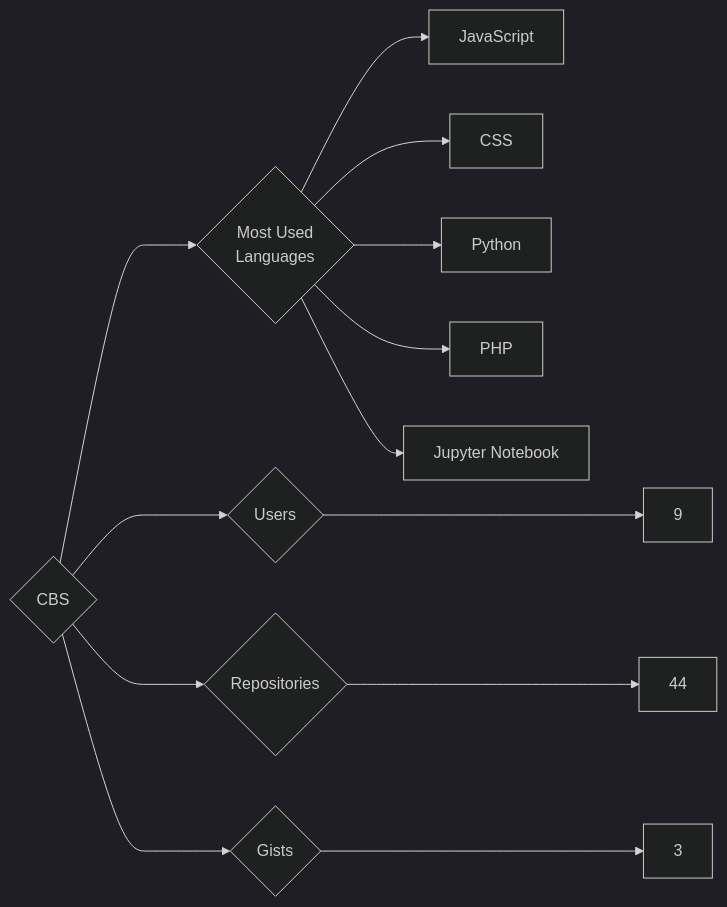
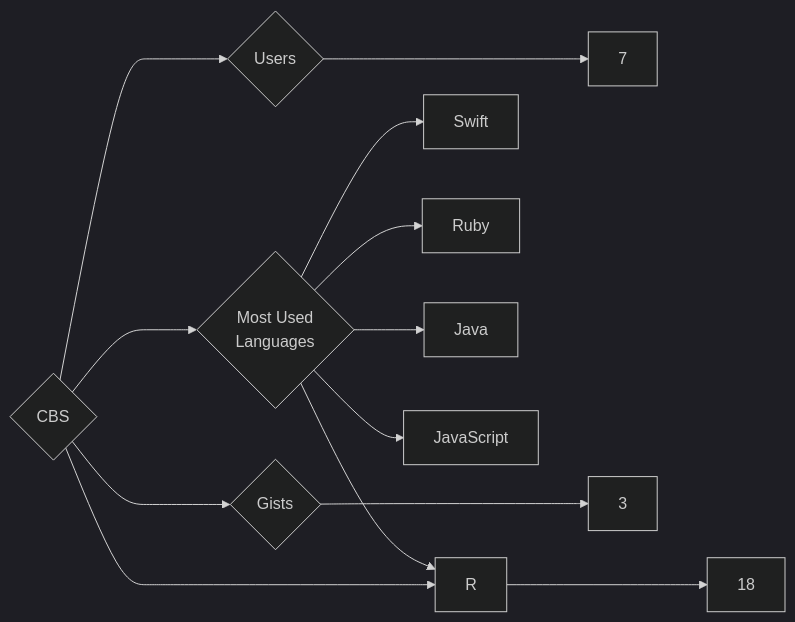
One commit to trickest/insiders changed the diagram in targets/CBS/README.md. Above: the diagram before and after it, drawn with Mermaid (dark theme). The commit also changed 932 other files, not shown here.

````diff
--- a/targets/CBS/README.md
+++ b/targets/CBS/README.md
@@ -3,13 +3,13 @@
 ```mermaid
 graph LR
 COMPANY_NAME{CBS}
-COMPANY_NAME ---> U{Users} ---> UN[9]
-COMPANY_NAME ---> R{Repositories} ---> RN[44]
+COMPANY_NAME ---> U{Users} ---> UN[7]
+COMPANY_NAME ---> R{Repositories} ---> RN[18]
 COMPANY_NAME ---> G{Gists} ---> GN[3]
 COMPANY_NAME ---> ML{Most Used<br>Languages}
+ML --> Swift[Swift]
+ML --> Ruby[Ruby]
+ML --> R[R]
+ML --> Java[Java]
 ML --> JavaScript[JavaScript]
-ML --> CSS[CSS]
-ML --> Python[Python]
-ML --> PHP[PHP]
-ML --> Jupyter_Notebook[Jupyter Notebook]
 ```
````
